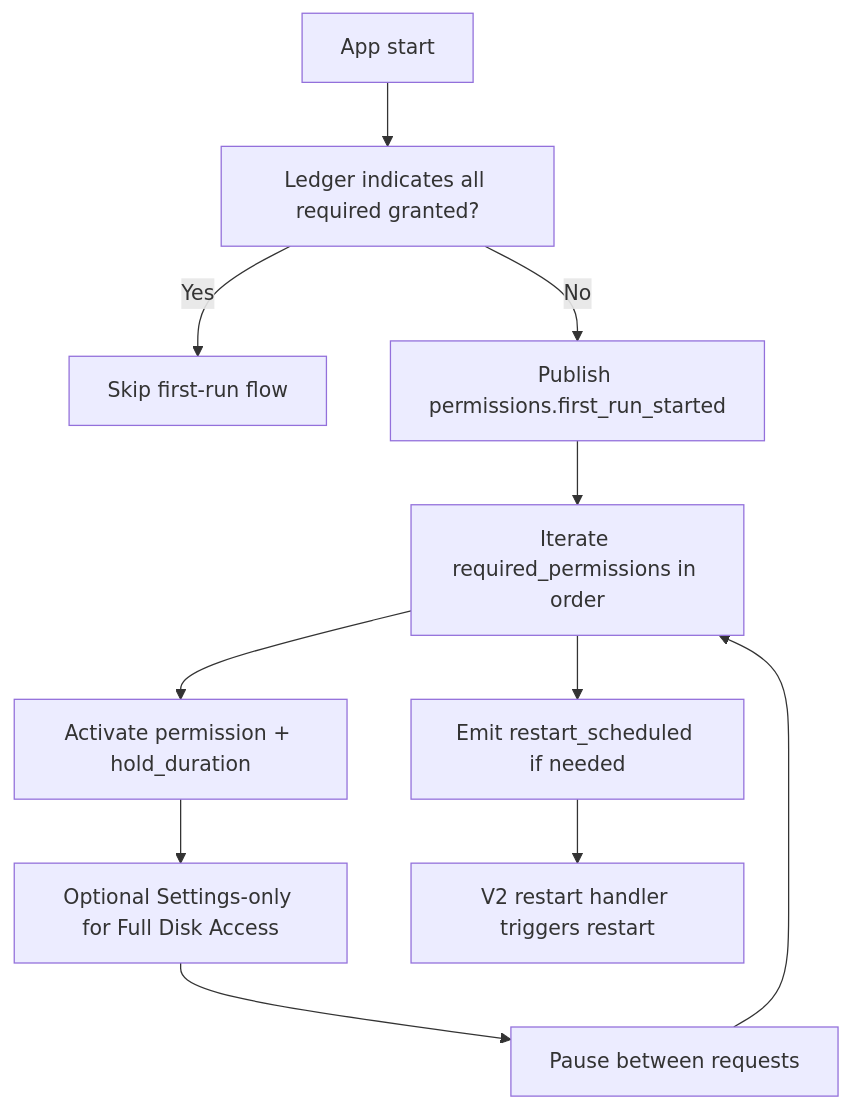
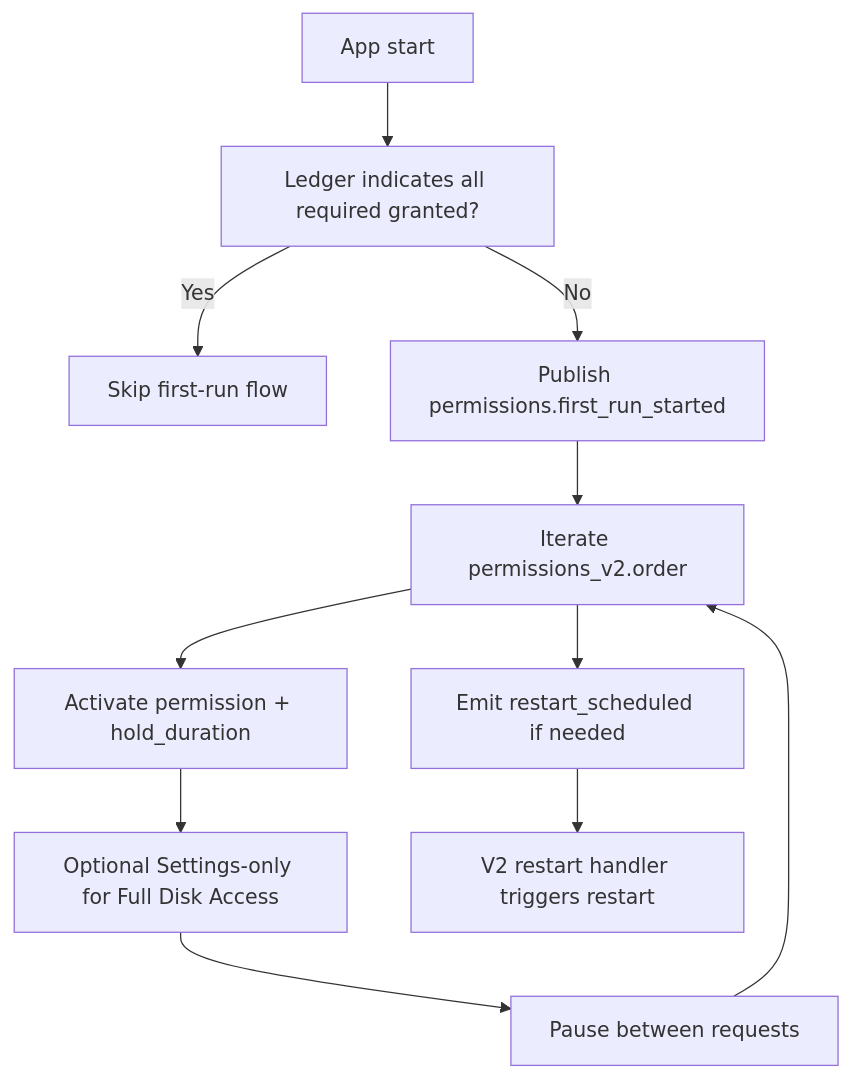
Before and after one commit to Seregawpn/Nexy_server: the diagram in client/Docs/first_run_flow_spec.md, drawn with Mermaid. The commit also changed other lines of this file and 14 other files, not shown here.

````diff
--- a/client/Docs/first_run_flow_spec.md
+++ b/client/Docs/first_run_flow_spec.md
@@ -44,13 +44,13 @@
 ```mermaid
 flowchart TD
     A[App start] --> B[Ledger indicates all required granted?]
     B -- Yes --> C[Skip first-run flow]
     B -- No --> D[Publish permissions.first_run_started]
-    D --> E[Iterate required_permissions in order]
+    D --> E[Iterate permissions_v2.order]
     E --> F[Activate permission + hold_duration]
     F --> G[Optional Settings-only for Full Disk Access]
     G --> H[Pause between requests]
     H --> E
     E --> I[Emit restart_scheduled if needed]
     I --> J[V2 restart handler triggers restart]
 ```
````
